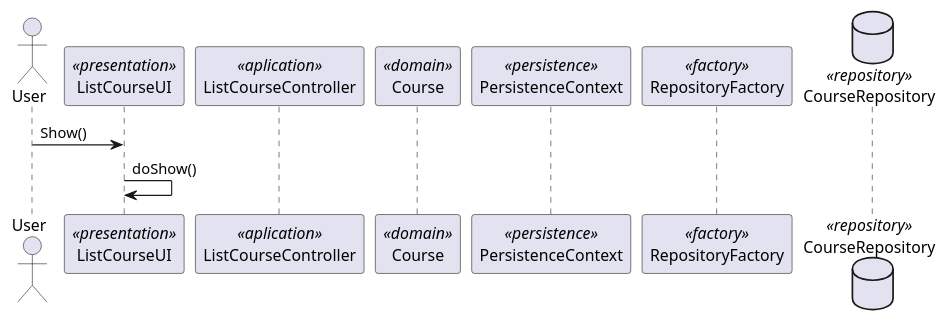
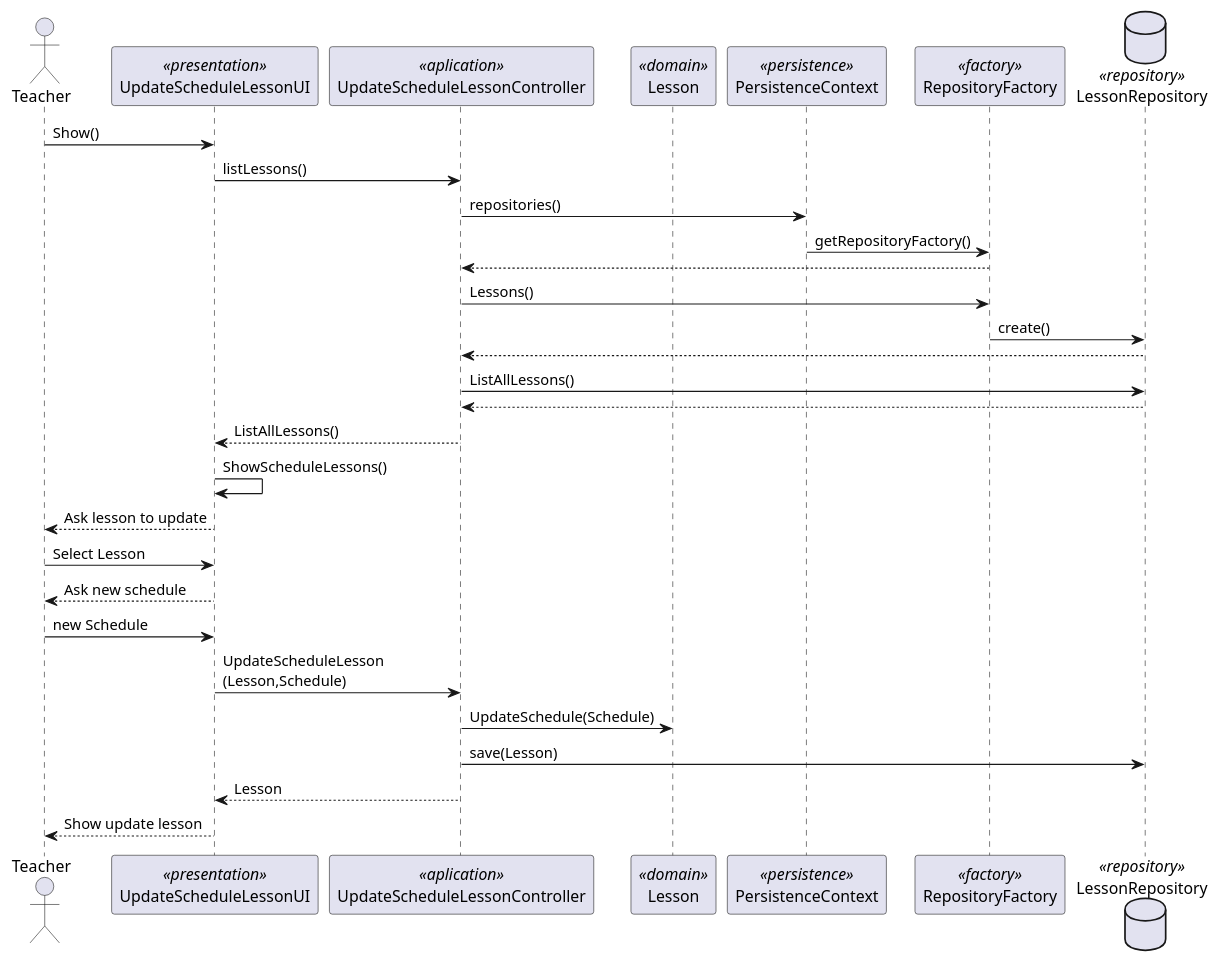
Before and after one commit to mascenso/isep-sem4-lapr4: the diagram in docs/SPRINT B/US_1012 - Update Schedule a Lesson/sequence-diagram-1012.puml, drawn with PlantUML.

Commit message:
[SPRINTB][US1012] SD of this US completed

```diff
--- a/docs/SPRINT B/US_1012 - Update Schedule a Lesson/sequence-diagram-1012.puml
+++ b/docs/SPRINT B/US_1012 - Update Schedule a Lesson/sequence-diagram-1012.puml
@@ -1,15 +1,34 @@
 @startuml
-actor User as Actor
-participant ListCourseUI as UI <<presentation>>
-participant ListCourseController as Controller <<aplication>>
-participant Course as Domain <<domain>>
+actor Teacher as Actor
+participant UpdateScheduleLessonUI as UI <<presentation>>
+participant UpdateScheduleLessonController as Controller <<aplication>>
+participant Lesson as Domain <<domain>>
 participant PersistenceContext as Persistence <<persistence>>
 participant RepositoryFactory as Factory <<factory>>
-database CourseRepository as Repository <<repository>>
+database LessonRepository as Repository <<repository>>
 
 Actor -> UI: Show()
-UI -> UI:doShow()
+UI -> Controller:listLessons()
+Controller -> Persistence: repositories()
+Persistence -> Factory: getRepositoryFactory()
+Factory --> Controller
+Controller -> Factory: Lessons()
+Factory -> Repository: create()
+Repository --> Controller
+Controller -> Repository: ListAllLessons()
+Repository --> Controller
+Controller --> UI: ListAllLessons()
+UI -> UI: ShowScheduleLessons()
+UI --> Actor: Ask lesson to update
+Actor -> UI: Select Lesson
+UI --> Actor: Ask new schedule
+Actor -> UI:new Schedule
+UI-> Controller: UpdateScheduleLesson\n(Lesson,Schedule)
+Controller -> Domain: UpdateSchedule(Schedule)
+Controller -> Repository: save(Lesson)
+Controller --> UI: Lesson
+UI --> Actor: Show update lesson
 
 
 
 @enduml
```
